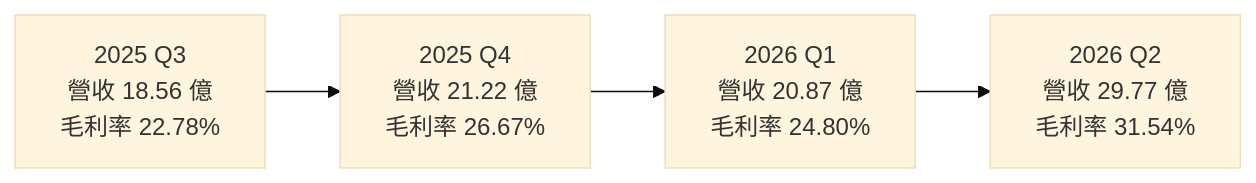
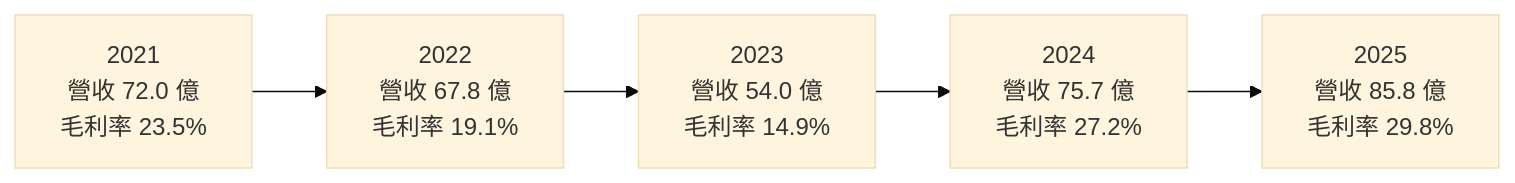
The third of 4 diagrams in 個股/台股/3450聯鈞.md (wangnick1004/taiwan-stock-vault), drawn with Mermaid (base theme) before and after one commit. The commit also changed other lines of this file and 142 other files, not shown here.

````diff
--- a/個股/台股/3450聯鈞.md
+++ b/個股/台股/3450聯鈞.md
@@ -137,4 +137,4 @@
 ```mermaid
 flowchart LR
-    Q3["2025 Q3<br/>營收 18.56 億<br/>毛利率 22.78%"] --> Q4["2025 Q4<br/>營收 21.22 億<br/>毛利率 26.67%"] --> Q1["2026 Q1<br/>營收 20.87 億<br/>毛利率 24.80%"] --> Q2["2026 Q2<br/>營收 29.77 億<br/>毛利率 31.54%"]
+    Y21["2021<br/>營收 72.0 億<br/>毛利率 23.5%"] --> Y22["2022<br/>營收 67.8 億<br/>毛利率 19.1%"] --> Y23["2023<br/>營收 54.0 億<br/>毛利率 14.9%"] --> Y24["2024<br/>營收 75.7 億<br/>毛利率 27.2%"] --> Y25["2025<br/>營收 85.8 億<br/>毛利率 29.8%"]
 ```
````
